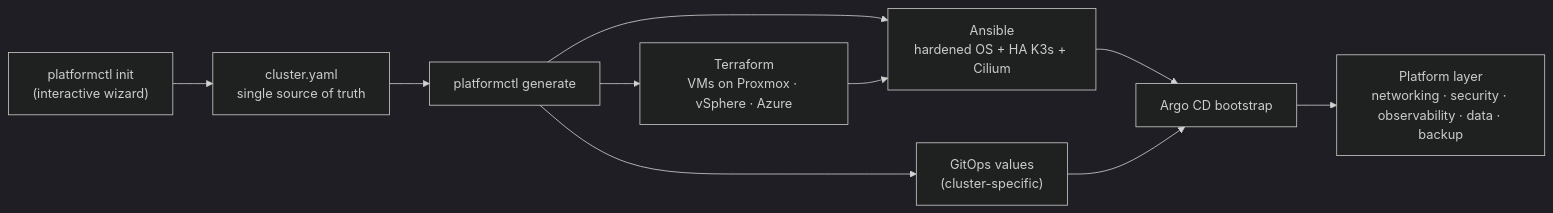
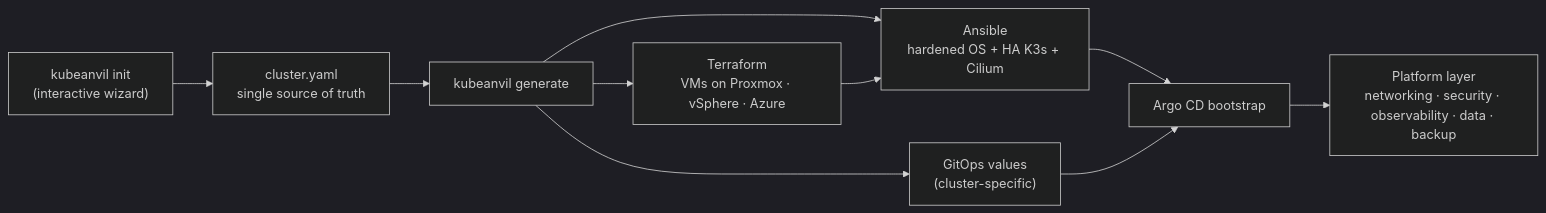
The diagram in README.md (liosmarf/kubeanvil), drawn with Mermaid (dark theme) before and after one commit. The commit also changed other lines of this file and 10 other files, not shown here.

````diff
--- a/README.md
+++ b/README.md
@@ -26,11 +26,11 @@
 ```mermaid
 flowchart LR
-    W["platformctl init<br/>(interactive wizard)"] --> C["cluster.yaml<br/>single source of truth"]
-    C --> G["platformctl generate"]
+    W["kubeanvil init<br/>(interactive wizard)"] --> C["cluster.yaml<br/>single source of truth"]
+    C --> G["kubeanvil generate"]
     G --> TF["Terraform<br/>VMs on Proxmox · vSphere · Azure"]
     G --> AN["Ansible<br/>hardened OS + HA K3s + Cilium"]
     G --> GO["GitOps values<br/>(cluster-specific)"]
     TF --> AN --> AR["Argo CD bootstrap"]
     GO --> AR
     AR --> P["Platform layer<br/>networking · security · observability · data · backup"]
 ```
````
